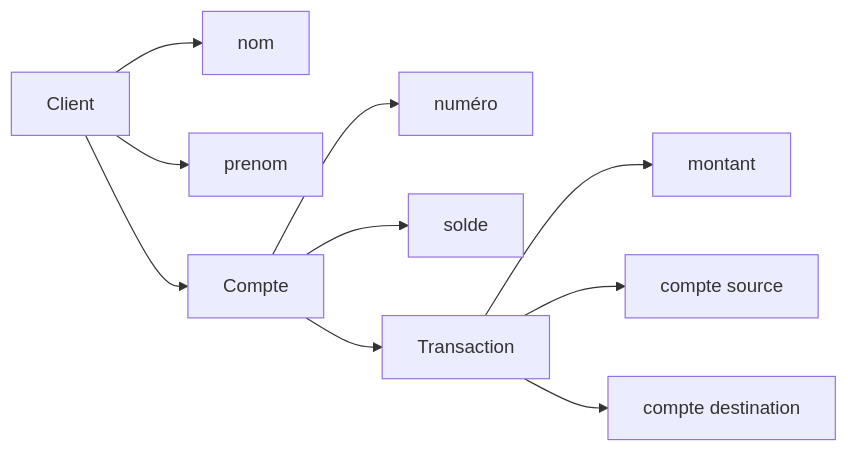
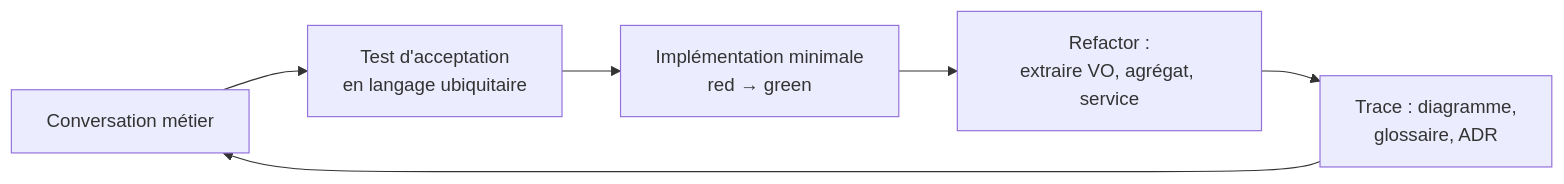
The second of 19 diagrams in README.md (tanguychenier/domain-driven-design), drawn with Mermaid before and after one commit. The commit also changed other lines of this file, not shown here.

````diff
--- a/README.md
+++ b/README.md
@@ -170,13 +134,8 @@
 ```mermaid
 graph LR
-  A[Client]
-  A --> B[nom]
-  A --> C[prenom]
-  A --> E[Compte]
-  E --> F[numéro]
-  E --> G[solde]
-  E --> I[Transaction]
-  I --> J[montant]
-  I --> L[compte source]
-  I --> M[compte destination]
+  A[Conversation métier] --> B[Test d'acceptation<br/>en langage ubiquitaire]
+  B --> C[Implémentation minimale<br/>red → green]
+  C --> D[Refactor :<br/>extraire VO, agrégat, service]
+  D --> E[Trace : diagramme,<br/>glossaire, ADR]
+  E --> A
 ```
````
